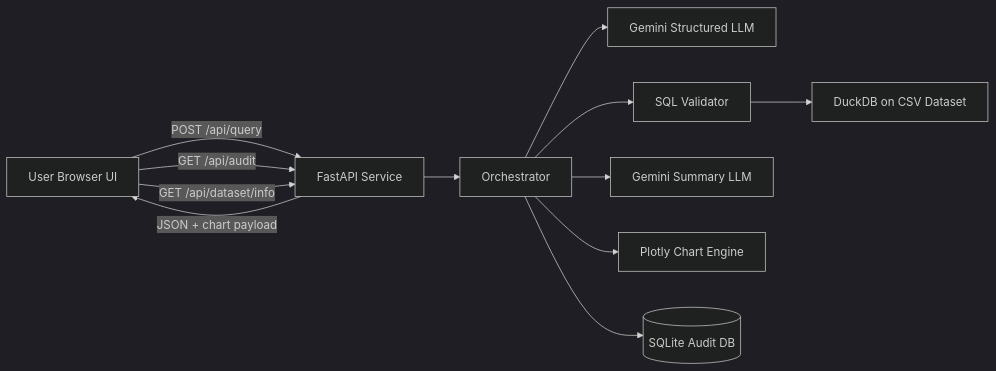
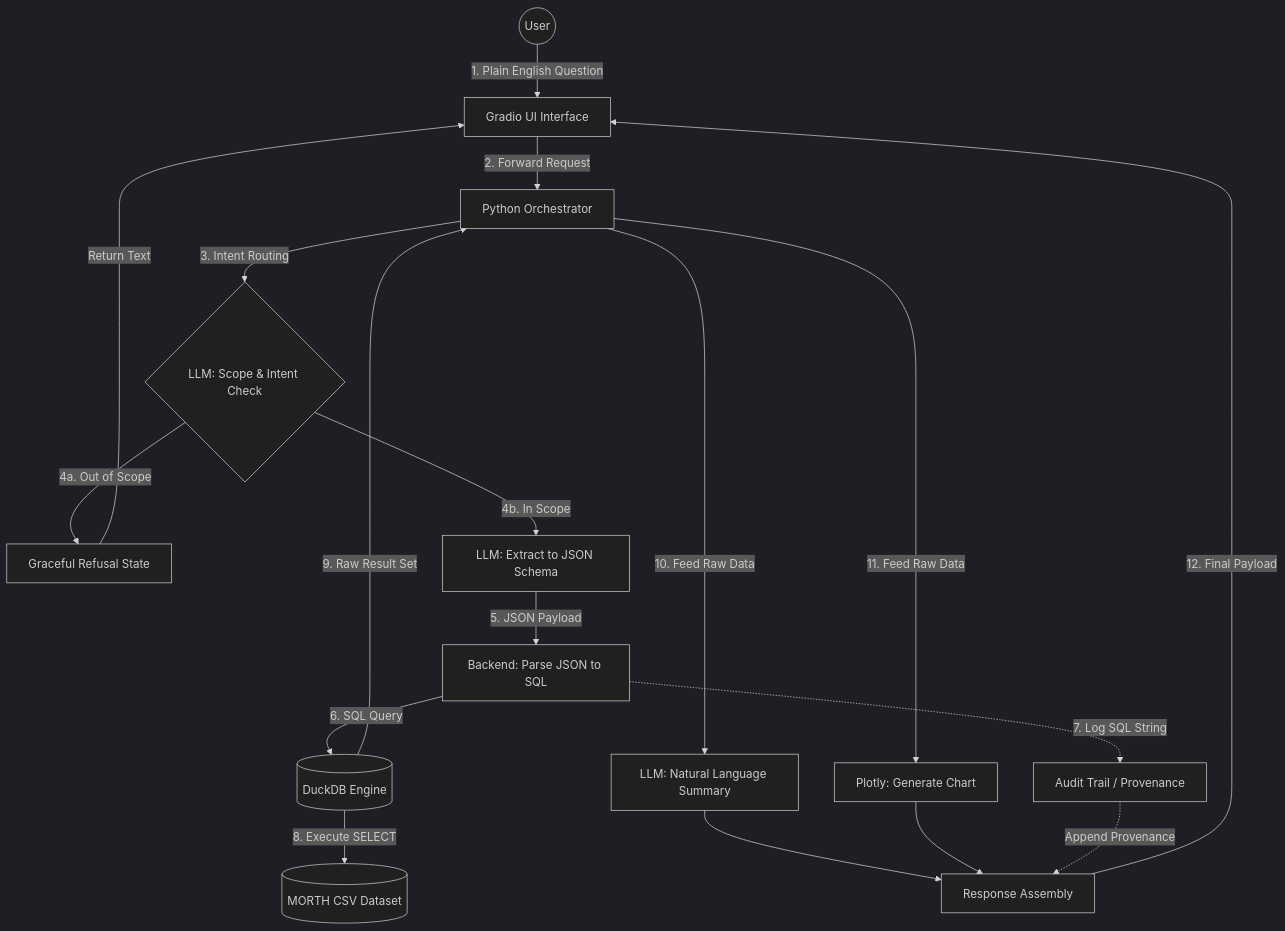
One commit to KTsama07/Doc.chat changed the first of 2 diagrams in README.md. Above: the diagram before and after it, drawn with Mermaid (dark theme). The commit also changed other lines of this file, not shown here.

Commit message:
Align README diagrams with provided HLD

````diff
--- a/README.md
+++ b/README.md
@@ -28,16 +32,20 @@
 ```mermaid
-flowchart LR
-    U[User Browser UI] -->|POST /api/query| API[FastAPI Service]
-    U -->|GET /api/audit| API
-    U -->|GET /api/dataset/info| API
-
-    API --> ORCH[Orchestrator]
-    ORCH --> LLM[Gemini Structured LLM]
-    ORCH --> SQLV[SQL Validator]
-    SQLV --> DDB[DuckDB on CSV Dataset]
-    ORCH --> SUM[Gemini Summary LLM]
-    ORCH --> CHART[Plotly Chart Engine]
-    ORCH --> AUDIT[(SQLite Audit DB)]
-
-    API -->|JSON + chart payload| U
+flowchart TB
+    U((User)) -->|1. Plain English Question| UI[Gradio UI Interface]
+    UI -->|2. Forward Request| ORCH[Python Orchestrator]
+    ORCH -->|3. Intent Routing| SCOPE{LLM: Scope & Intent Check}
+    SCOPE -->|4a. Out of Scope| REF[Graceful Refusal State]
+    REF -->|Return Text| UI
+    SCOPE -->|4b. In Scope| EXTRACT[LLM: Extract to JSON Schema]
+    EXTRACT -->|5. JSON Payload| PARSE[Backend: Parse JSON to SQL]
+    PARSE -->|6. SQL Query| DDB[(DuckDB Engine)]
+    DDB -->|8. Execute SELECT| CSV[(MORTH CSV Dataset)]
+    DDB -->|9. Raw Result Set| ORCH
+    ORCH -->|10. Feed Raw Data| SUM[LLM: Natural Language Summary]
+    ORCH -->|11. Feed Raw Data| PLOT[Plotly: Generate Chart]
+    PARSE -.->|7. Log SQL String| AUDIT[Audit Trail / Provenance]
+    SUM --> RESP[Response Assembly]
+    PLOT --> RESP
+    AUDIT -.->|Append Provenance| RESP
+    RESP -->|12. Final Payload| UI
 ```
````
